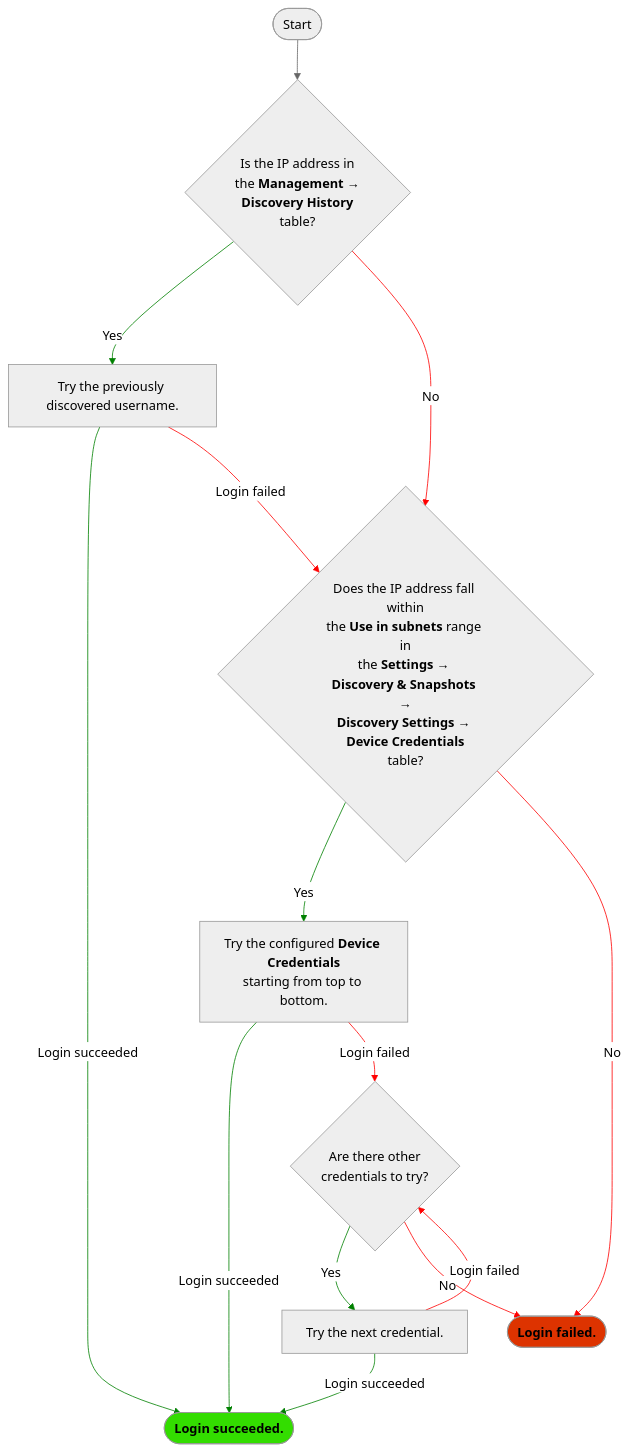
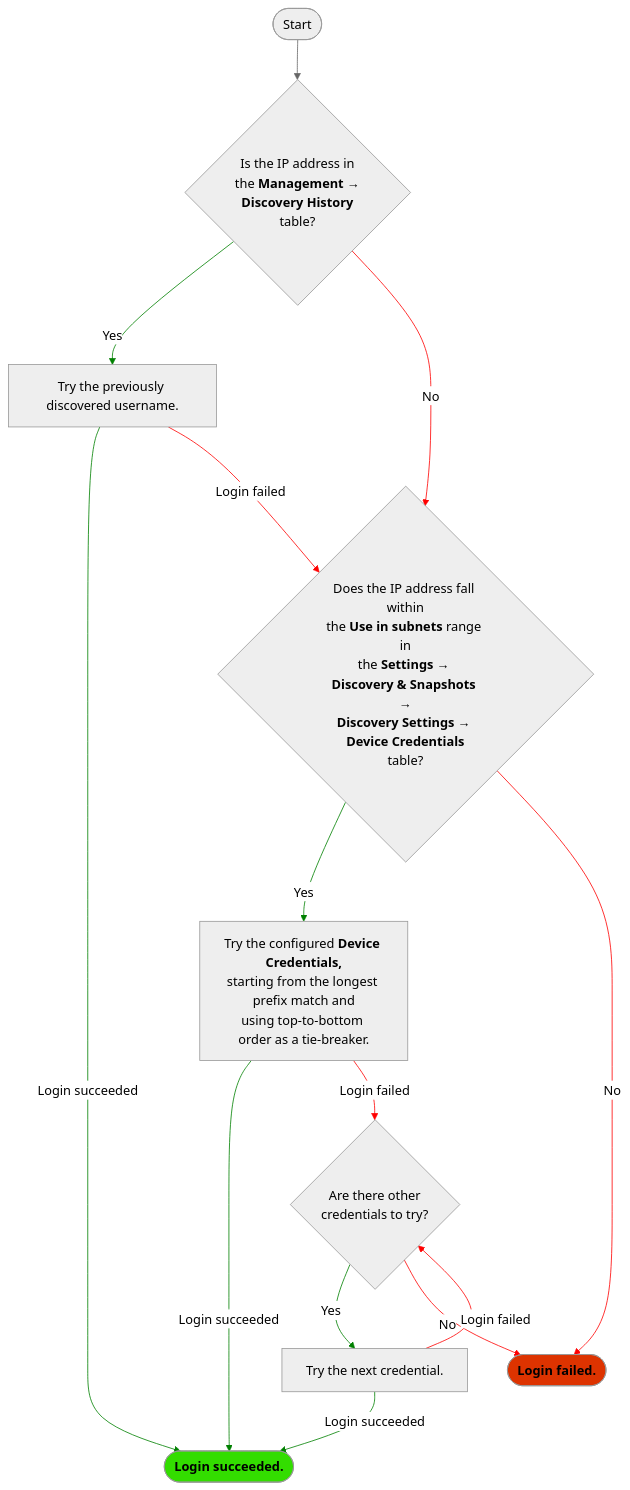
One commit to ipfabric/docs changed the diagram in docs/IP_Fabric_Settings/Discovery_and_Snapshots/Discovery_Settings/device_credentials.md. Above: the diagram before and after it, drawn with Mermaid (neutral theme). The commit also changed other lines of this file, not shown here.

Commit message:
ST-327 Document credential selection algorithm being 'longest prefix match' first

````diff
--- a/docs/IP_Fabric_Settings/Discovery_and_Snapshots/Discovery_Settings/device_credentials.md
+++ b/docs/IP_Fabric_Settings/Discovery_and_Snapshots/Discovery_Settings/device_credentials.md
@@ -18,21 +20,21 @@
 ```mermaid
 flowchart TD
     A([Start]) --> discoveryHistory{Is the IP address in<br/>the <strong>Management →<br/>Discovery History</strong><br/>table?}
     discoveryHistory --> |Yes|previousUsername[Try the previously discovered username.]
     discoveryHistory --> |No|configuredAuth{Does the IP address fall within<br/>the <strong>Use in subnets</strong> range in<br/>the <strong>Settings → Discovery & Snapshots →<br/>Discovery Settings → Device Credentials</strong><br/>table?}
-    configuredAuth --> |Yes|tryAuth[Try the configured <strong>Device Credentials</strong><br/>starting from top to bottom.]
+    configuredAuth --> |Yes|tryAuth[Try the configured <strong>Device Credentials,</strong><br/>starting from the longest prefix match and<br/>using top-to-bottom order as a tie-breaker.]
     configuredAuth --> |No|loginFailed([<strong>Login failed.</strong>])
     tryAuth --> |Login succeeded|loginSucceeded([<strong>Login succeeded.</strong>])
     tryAuth --> |Login failed|otherCreds{Are there other<br/>credentials to try?}
     previousUsername --> |Login succeeded|loginSucceeded
     previousUsername --> |Login failed|configuredAuth
     otherCreds --> |Yes|tryNext[Try the next credential.]
     otherCreds --> |No|loginFailed
     tryNext --> |Login succeeded|loginSucceeded
     tryNext --> |Login failed|otherCreds
 
     style loginFailed fill:#dd3300
     style loginSucceeded fill:#33dd00
     linkStyle 2,4,6,8,10,12 stroke:red;
     linkStyle 1,3,5,7,9,11 stroke:green;
 ```
````
